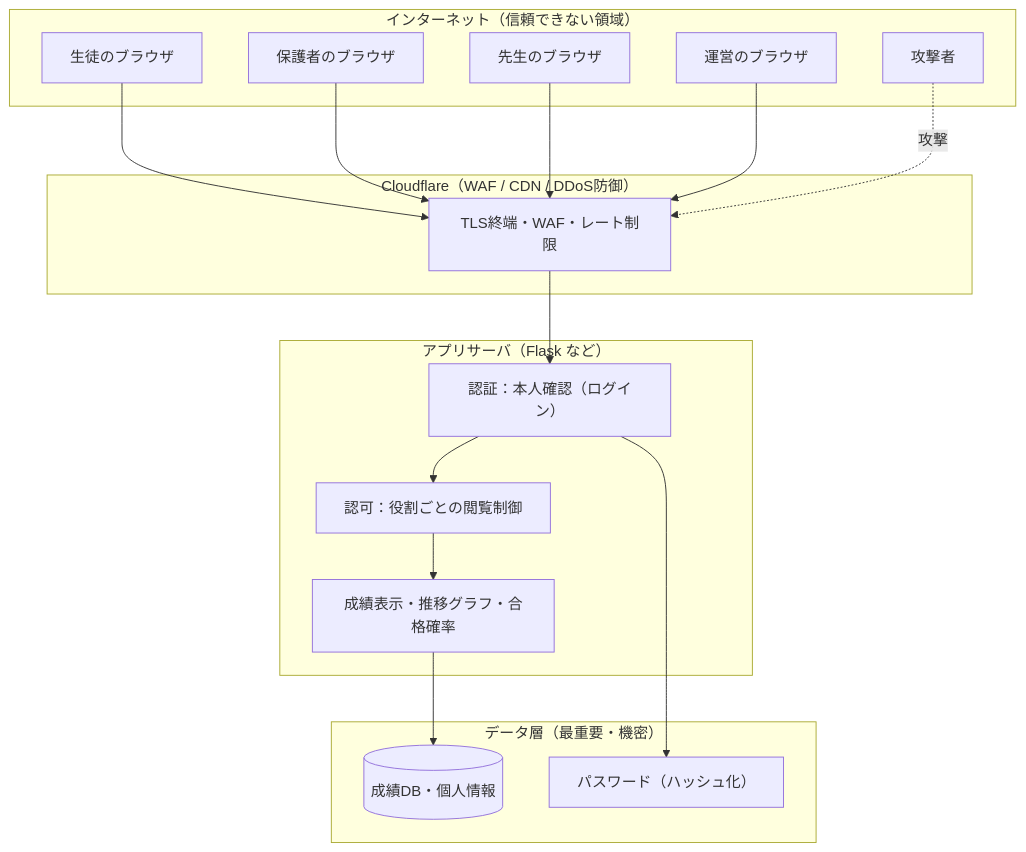
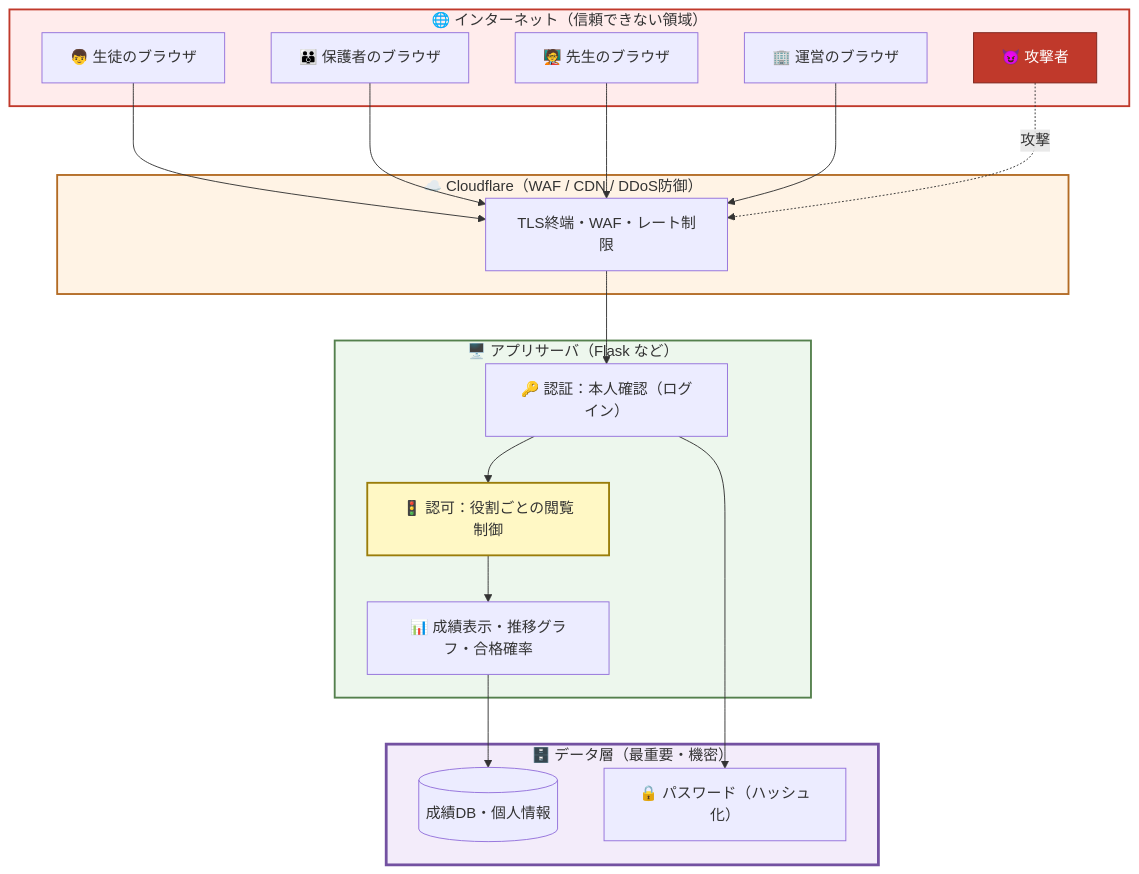
One commit to Akimitsu-Shigemi/juku-seiseki-app changed the diagram in design.md. Above: the diagram before and after it, drawn with Mermaid. The commit also changed other lines of this file, not shown here.

Commit message:
図に背景色を追加（信頼境界ごとに色分け・認可を強調）

````diff
--- a/design.md
+++ b/design.md
@@ -16,36 +16,44 @@
 ```mermaid
 flowchart TB
-    subgraph internet["インターネット（信頼できない領域）"]
-        seito["生徒のブラウザ"]
-        oya["保護者のブラウザ"]
-        sensei["先生のブラウザ"]
-        unei["運営のブラウザ"]
-        attacker["攻撃者"]
+    subgraph internet["🌐 インターネット（信頼できない領域）"]
+        seito["👦 生徒のブラウザ"]
+        oya["👪 保護者のブラウザ"]
+        sensei["🧑‍🏫 先生のブラウザ"]
+        unei["🏢 運営のブラウザ"]
+        attacker["😈 攻撃者"]
     end
 
-    subgraph edge["Cloudflare（WAF / CDN / DDoS防御）"]
+    subgraph edge["☁️ Cloudflare（WAF / CDN / DDoS防御）"]
         waf["TLS終端・WAF・レート制限"]
     end
 
-    subgraph app["アプリサーバ（Flask など）"]
-        authn["認証：本人確認（ログイン）"]
-        authz["認可：役割ごとの閲覧制御"]
-        logic["成績表示・推移グラフ・合格確率"]
+    subgraph app["🖥️ アプリサーバ（Flask など）"]
+        authn["🔑 認証：本人確認（ログイン）"]
+        authz["🚦 認可：役割ごとの閲覧制御"]
+        logic["📊 成績表示・推移グラフ・合格確率"]
     end
 
-    subgraph data["データ層（最重要・機密）"]
+    subgraph data["🗄️ データ層（最重要・機密）"]
         db[("成績DB・個人情報")]
-        secret["パスワード（ハッシュ化）"]
+        secret["🔒 パスワード（ハッシュ化）"]
     end
 
     seito --> waf
     oya --> waf
     sensei --> waf
     unei --> waf
     attacker -. 攻撃 .-> waf
     waf --> authn
     authn --> authz
     authz --> logic
     logic --> db
     authn --> secret
+
+    %% ===== 背景色（信頼境界ごとに色分け）=====
+    style internet fill:#ffecec,stroke:#c0392b,stroke-width:2px
+    style edge     fill:#fff3e5,stroke:#b36b24,stroke-width:2px
+    style app      fill:#edf7ed,stroke:#54804d,stroke-width:2px
+    style data     fill:#f3ecfa,stroke:#7351a1,stroke-width:3px
+    style attacker fill:#c0392b,stroke:#7b241c,color:#ffffff
+    style authz    fill:#fff8c5,stroke:#9a7d0a,stroke-width:2px
 ```
````
